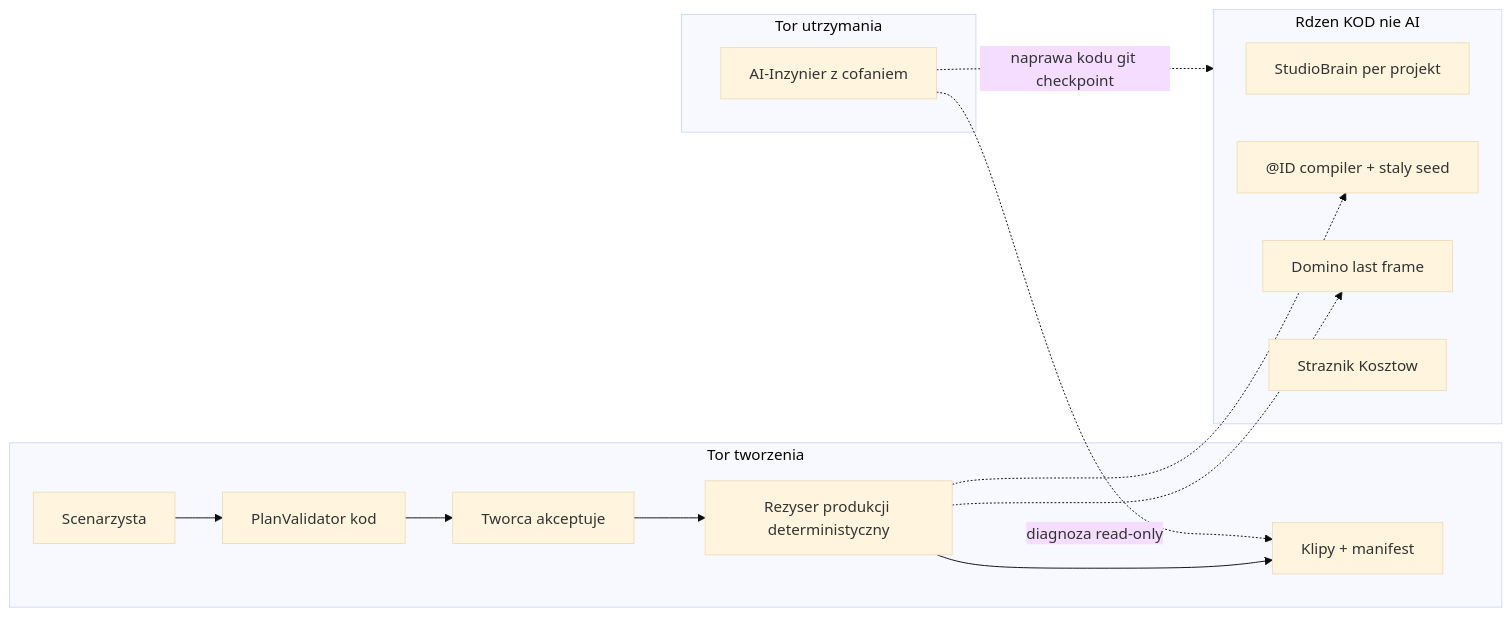
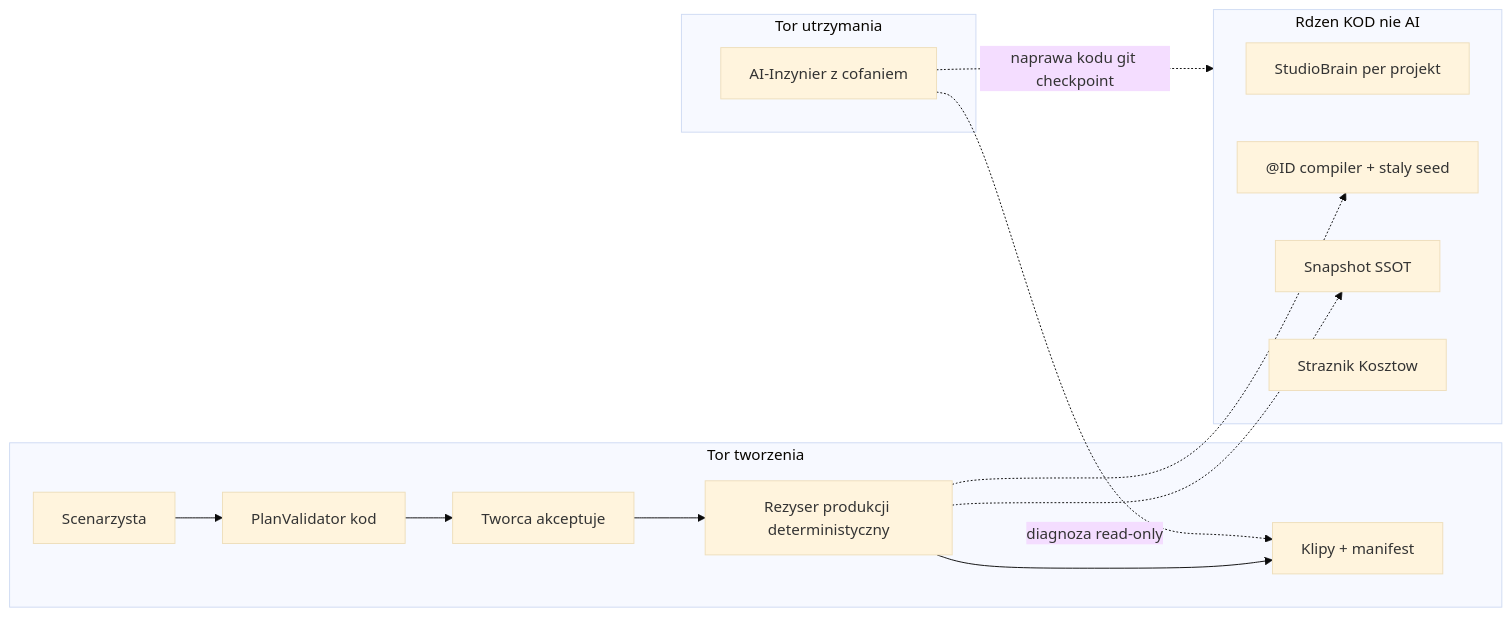
One commit to DamianMalenta/kebabkiller changed the diagram in docs/11_OPUS_ARCHITECTURE_PROPOSAL.md. Above: the diagram before and after it, drawn with Mermaid (base theme). The commit also changed other lines of this file and 3 other files, not shown here.

Commit message:
docs: synchronizacja po PR #20–#22 (Snapshot SSOT, fixy ciągłości, tenant-scope)

````diff
--- a/docs/11_OPUS_ARCHITECTURE_PROPOSAL.md
+++ b/docs/11_OPUS_ARCHITECTURE_PROPOSAL.md
@@ -59,22 +59,22 @@
 ```mermaid
 flowchart LR
   subgraph creative [Tor tworzenia]
     SC[Scenarzysta] --> PV[PlanValidator kod]
     PV --> ACC[Tworca akceptuje]
     ACC --> REZ[Rezyser produkcji deterministyczny]
     REZ --> KLIP[Klipy + manifest]
   end
   subgraph core [Rdzen KOD nie AI]
     BRAIN[StudioBrain per projekt]
     COMP["@ID compiler + staly seed"]
-    DOM[Domino last frame]
+    SNAP[Snapshot SSOT]
     COST[Straznik Kosztow]
   end
   subgraph maint [Tor utrzymania]
     INZ[AI-Inzynier z cofaniem]
   end
   REZ -.-> COMP
-  REZ -.-> DOM
+  REZ -.-> SNAP
   INZ -.->|diagnoza read-only| KLIP
   INZ -.->|naprawa kodu git checkpoint| core
 ```
````
